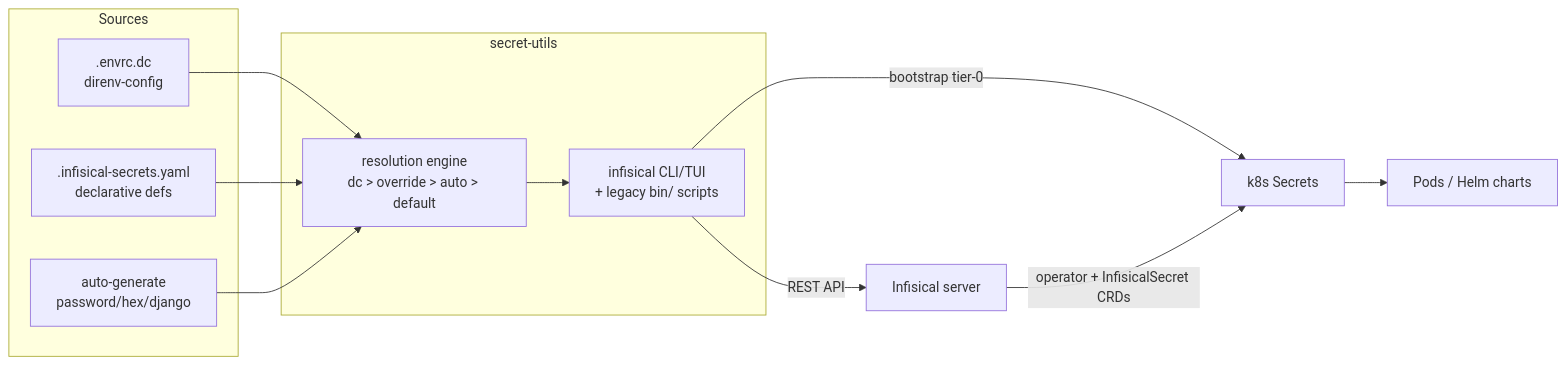
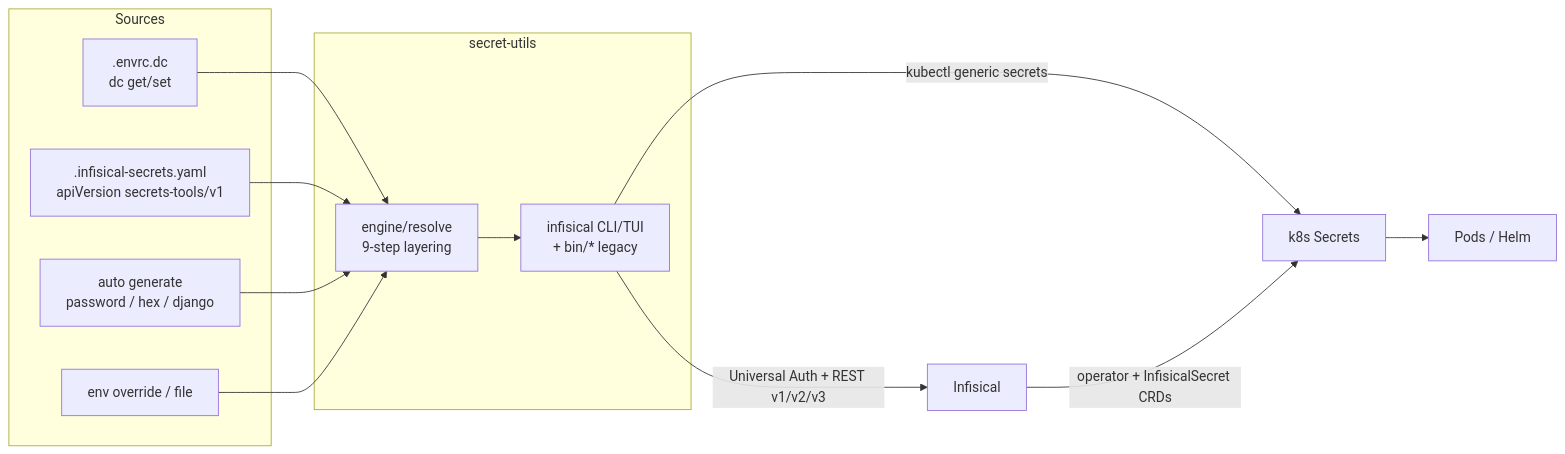
The diagram in docs/PROJ-ARCH.md (the-robot-lives/secrets-tools), drawn with Mermaid before and after one commit. The commit also changed other lines of this file and 1 other file, not shown here.

````diff
--- a/docs/PROJ-ARCH.md
+++ b/docs/PROJ-ARCH.md
@@ -21,20 +24,22 @@
 ```mermaid
 graph LR
     subgraph Sources
-        DC[.envrc.dc<br/>direnv-config]
-        YAML[.infisical-secrets.yaml<br/>declarative defs]
-        GEN[auto-generate<br/>password/hex/django]
+        DC[".envrc.dc<br/>dc get/set"]
+        YAML[".infisical-secrets.yaml<br/>apiVersion secrets-tools/v1"]
+        GEN["auto generate<br/>password / hex / django"]
+        ENV["env override / file"]
     end
     subgraph secret-utils
-        ENG[resolution engine<br/>dc > override > auto > default]
-        CLI[infisical CLI/TUI<br/>+ legacy bin/ scripts]
+        RES["engine/resolve<br/>9-step layering"]
+        CLI["infisical CLI/TUI<br/>+ bin/* legacy"]
     end
-    DC --> ENG
-    YAML --> ENG
-    GEN --> ENG
-    ENG --> CLI
-    CLI -->|REST API| INF[Infisical server]
-    CLI -->|bootstrap tier-0| K8S
+    DC --> RES
+    YAML --> RES
+    GEN --> RES
+    ENV --> RES
+    RES --> CLI
+    CLI -->|Universal Auth + REST v1/v2/v3| INF[Infisical]
+    CLI -->|kubectl generic secrets| K8S
     INF -->|operator + InfisicalSecret CRDs| K8S[k8s Secrets]
-    K8S --> PODS[Pods / Helm charts]
+    K8S --> PODS[Pods / Helm]
 ```
````
